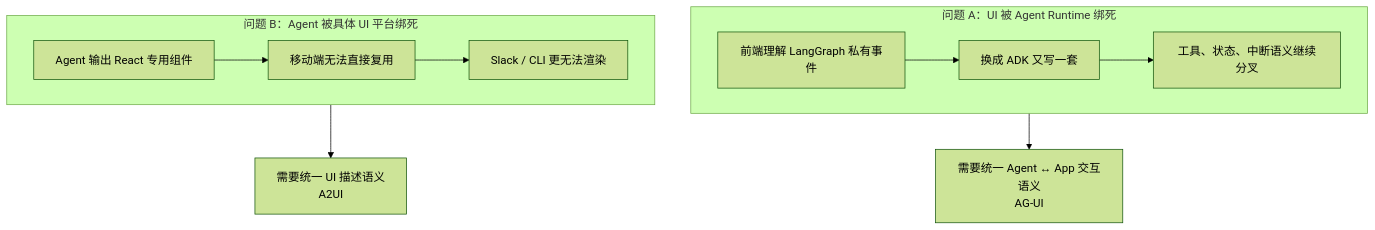
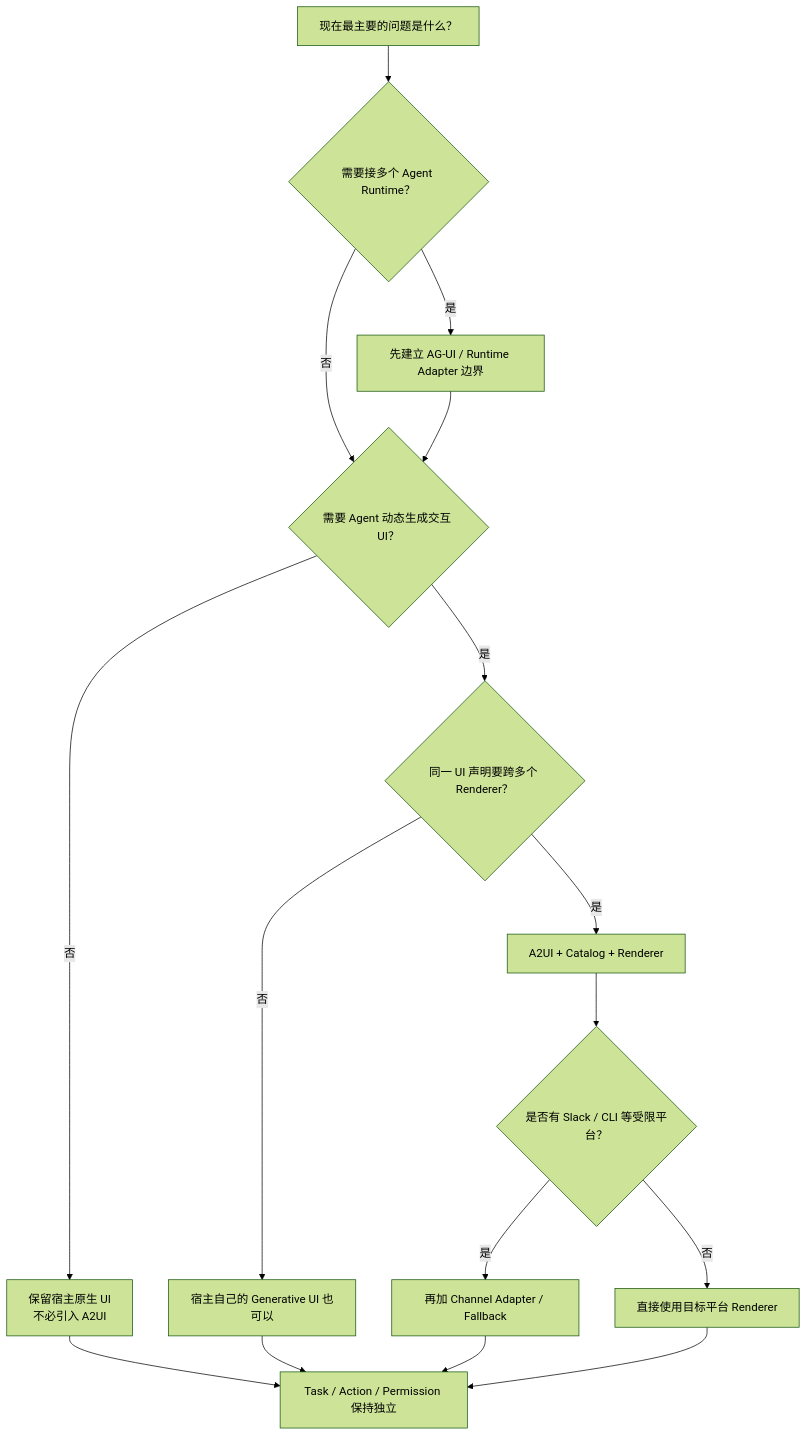
The second of 12 diagrams in profiles/default/content/zh/notes/ag-ui-a2ui-agent-runtime-generative-ui-ai-native.mdx (Nunchakus888/dossierkit), drawn with Mermaid (forest theme) before and after one commit. The commit also changed other lines of this file, not shown here.

Commit message:
Update note: AG-UI 与 A2UI：构建跨 Agent、跨平台的交互架构

```diff
--- a/profiles/default/content/zh/notes/ag-ui-a2ui-agent-runtime-generative-ui-ai-native.mdx
+++ b/profiles/default/content/zh/notes/ag-ui-a2ui-agent-runtime-generative-ui-ai-native.mdx
@@ -121,15 +93,23 @@
 ~~~mermaid
 flowchart TB
-  subgraph L["问题 A：UI 被 Agent Runtime 绑死"]
-    L1["前端理解 LangGraph 私有事件"] --> L2["换成 ADK 又写一套"]
-    L2 --> L3["工具、状态、中断语义继续分叉"]
-  end
+  A["现在最主要的问题是什么？"]
+  A --> B{"需要接多个 Agent Runtime？"}
+  B -->|是| C["先建立 AG-UI / Runtime Adapter 边界"]
+  B -->|否| D{"需要 Agent 动态生成交互 UI？"}
+  C --> D
 
-  subgraph R["问题 B：Agent 被具体 UI 平台绑死"]
-    R1["Agent 输出 React 专用组件"] --> R2["移动端无法直接复用"]
-    R2 --> R3["Slack / CLI 更无法渲染"]
-  end
+  D -->|否| E["保留宿主原生 UI\n不必引入 A2UI"]
+  D -->|是| F{"同一 UI 声明要跨多个 Renderer？"}
 
-  L --> AG["需要统一 Agent ↔ App 交互语义\nAG-UI"]
-  R --> A2["需要统一 UI 描述语义\nA2UI"]
+  F -->|否| G["宿主自己的 Generative UI 也可以"]
+  F -->|是| H["A2UI + Catalog + Renderer"]
+
+  H --> I{"是否有 Slack / CLI 等受限平台？"}
+  I -->|是| J["再加 Channel Adapter / Fallback"]
+  I -->|否| K["直接使用目标平台 Renderer"]
+
+  E --> L["Task / Action / Permission 保持独立"]
+  G --> L
+  J --> L
+  K --> L
 ~~~
```
